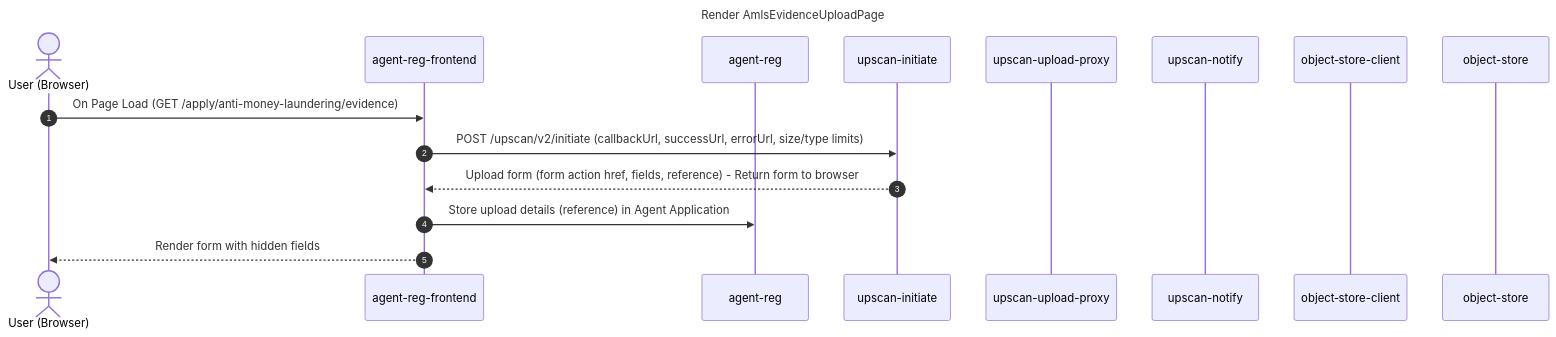
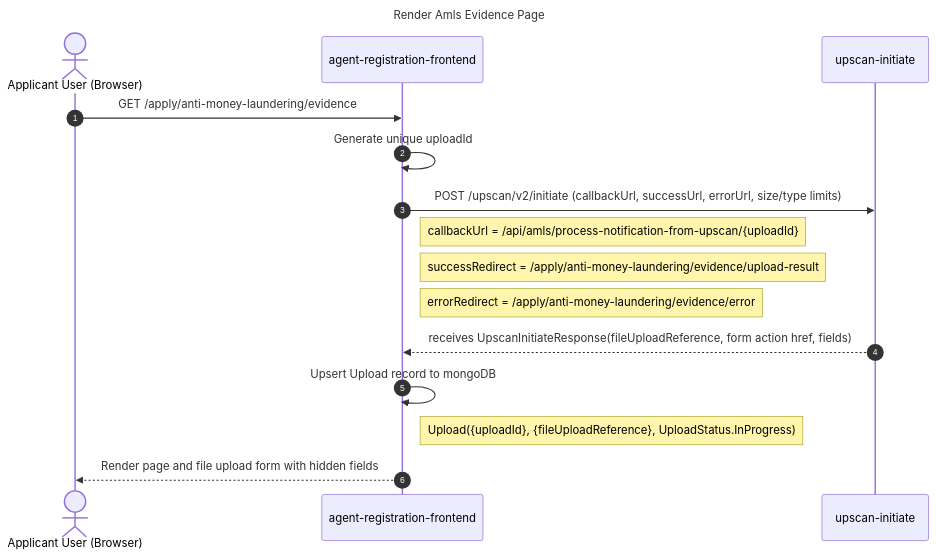
One commit to hmrc/agent-registration-frontend changed the first of 4 diagrams in upscan-mermaid.md. Above: the diagram before and after it, drawn with Mermaid. The commit also changed other lines of this file and 1 other file, not shown here.

````diff
--- a/upscan-mermaid.md
+++ b/upscan-mermaid.md
@@ -1,22 +1,22 @@
 ```mermaid
 sequenceDiagram
 
-title Render AmlsEvidenceUploadPage 
+title Render Amls Evidence Page 
 autonumber
 
-actor U as User (Browser)
-participant FE as agent-reg-frontend
-participant BE as agent-reg
+actor U as Applicant User (Browser)
+participant FE as agent-registration-frontend
 participant UI as upscan-initiate
-participant S3 as upscan-upload-proxy
-participant UN as upscan-notify
-participant OSC as object‑store-client
-participant OS as object-store
 
-U->>FE: On Page Load (GET /apply/anti-money-laundering/evidence) 
+U->>FE: GET /apply/anti-money-laundering/evidence 
+FE->>FE: Generate unique uploadId
 FE->>UI: POST /upscan/v2/initiate (callbackUrl, successUrl, errorUrl, size/type limits)
-UI-->>FE: Upload form (form action href, fields, reference) - Return form to browser
-FE->>BE: Store upload details (reference) in Agent Application
-FE-->>U: Render form with hidden fields
+note right of FE: callbackUrl = /api/amls/process-notification-from-upscan/{uploadId}
+note right of FE: successRedirect = /apply/anti-money-laundering/evidence/upload-result
+note right of FE: errorRedirect = /apply/anti-money-laundering/evidence/error
 
+    UI-->>FE: receives UpscanInitiateResponse(fileUploadReference, form action href, fields)
+FE->>FE: Upsert Upload record to mongoDB
+note right of FE:  Upload({uploadId}, {fileUploadReference}, UploadStatus.InProgress) 
+FE-->>U: Render page and file upload form with hidden fields
 ```
````
